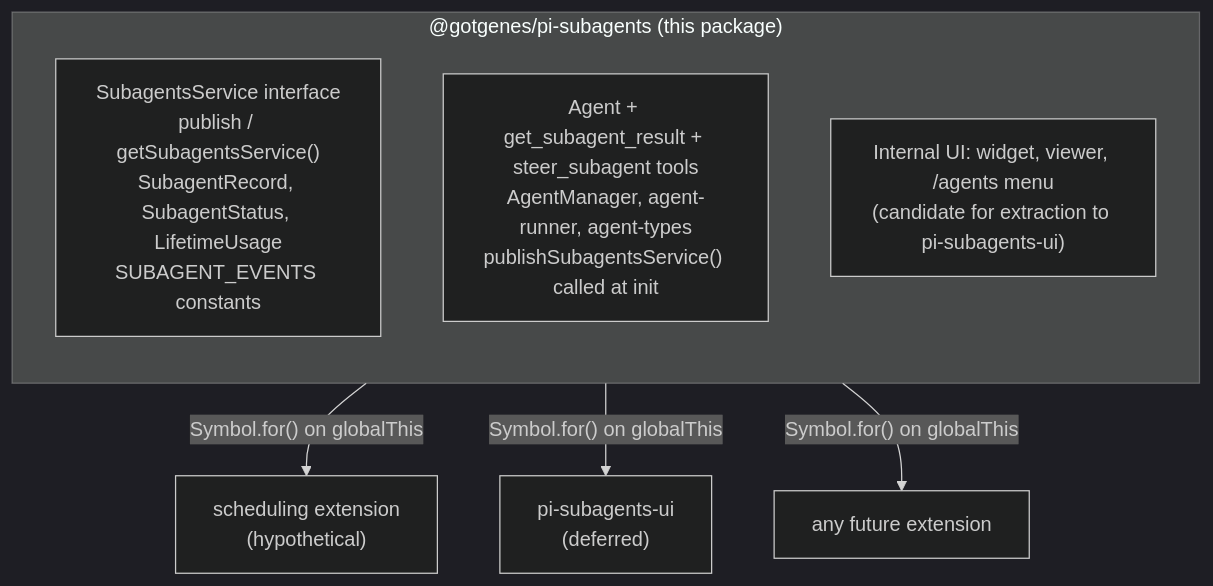
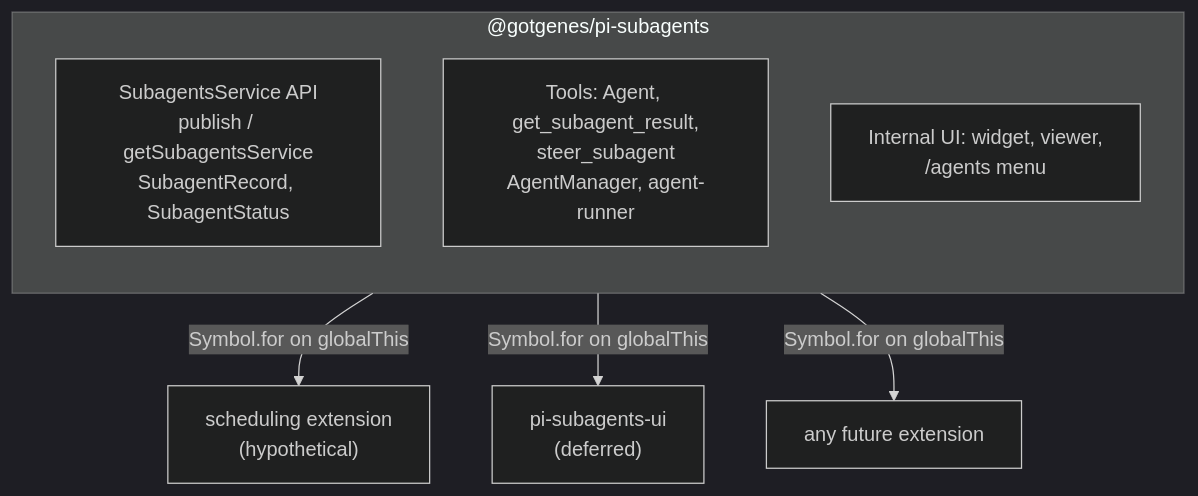
Before and after one commit to komarspn/pi-packages: the fifth of 6 diagrams in packages/pi-subagents/docs/architecture/architecture.md, drawn with Mermaid (dark theme). The commit also changed other lines of this file, not shown here.

First line of the commit message:
docs(pi-subagents): revise Phase 11 roadmap — layered class conversion

````diff
--- a/packages/pi-subagents/docs/architecture/architecture.md
+++ b/packages/pi-subagents/docs/architecture/architecture.md
@@ -315,13 +315,13 @@
 ```mermaid
 flowchart TD
-    subgraph core["@gotgenes/pi-subagents (this package)"]
+    subgraph core["@gotgenes/pi-subagents"]
         direction TB
-        exports["SubagentsService interface\npublish / getSubagentsService()\nSubagentRecord, SubagentStatus, LifetimeUsage\nSUBAGENT_EVENTS constants"]
-        engine["Agent + get_subagent_result + steer_subagent tools\nAgentManager, agent-runner, agent-types\npublishSubagentsService() called at init"]
-        ui_int["Internal UI: widget, viewer, /agents menu\n(candidate for extraction to pi-subagents-ui)"]
+        exports["SubagentsService API<br/>publish / getSubagentsService<br/>SubagentRecord, SubagentStatus"]
+        engine["Tools: Agent, get_subagent_result,<br/>steer_subagent<br/>AgentManager, agent-runner"]
+        ui_int["Internal UI: widget, viewer,<br/>/agents menu"]
     end
 
-    core -- "Symbol.for() on globalThis" --> sched["scheduling extension\n(hypothetical)"]
-    core -- "Symbol.for() on globalThis" --> subui["pi-subagents-ui\n(deferred)"]
-    core -- "Symbol.for() on globalThis" --> future["any future extension"]
+    core -- "Symbol.for on globalThis" --> sched["scheduling extension<br/>(hypothetical)"]
+    core -- "Symbol.for on globalThis" --> subui["pi-subagents-ui<br/>(deferred)"]
+    core -- "Symbol.for on globalThis" --> future["any future extension"]
 ```
````
